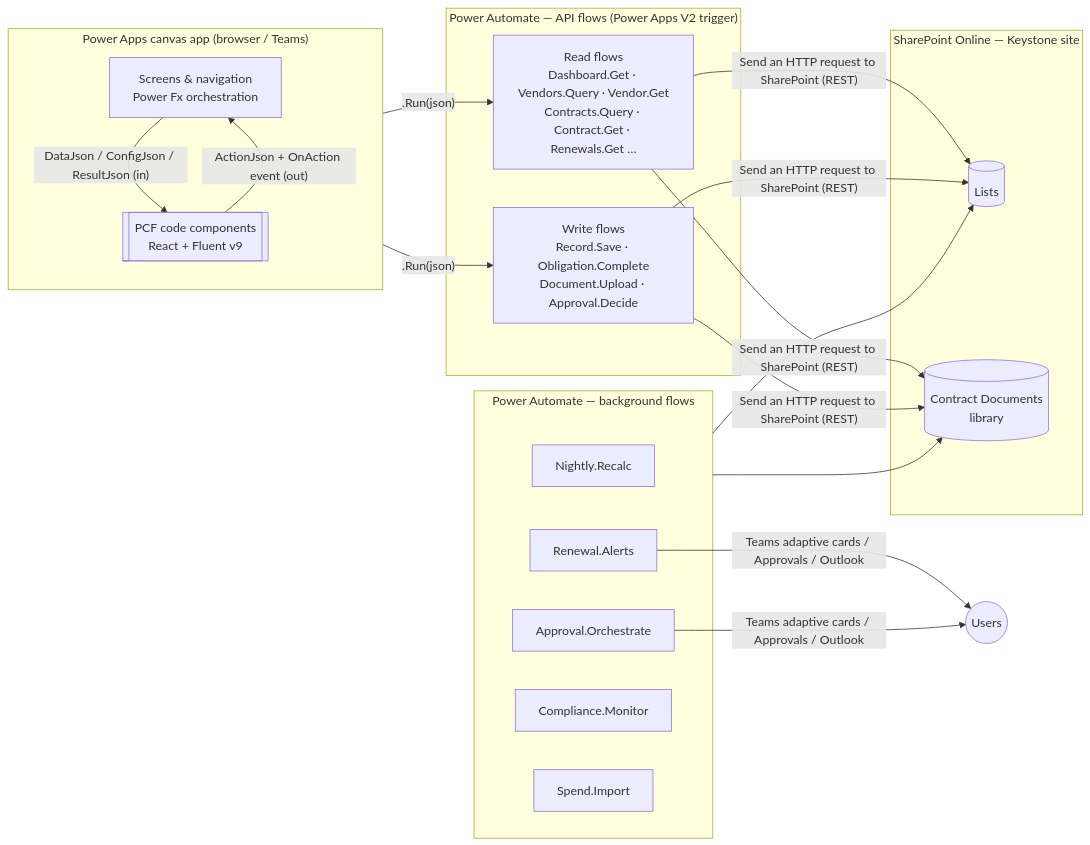
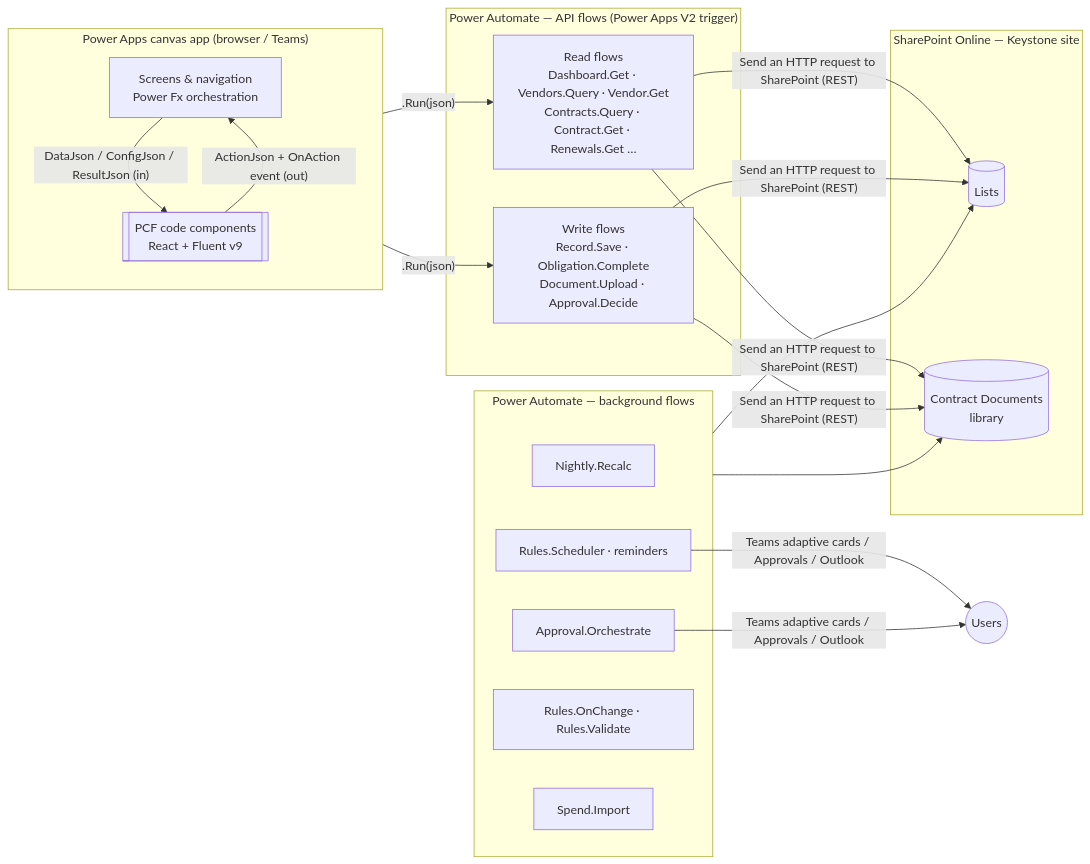
Before and after one commit to ThePoint-uk/resource: the first of 3 diagrams in vendor-contract-management/DESIGN.md, drawn with Mermaid. The commit also changed other lines of this file and 1 other file, not shown here.

First line of the commit message:
Add admin-configurable rules engine to VCM design

````diff
--- a/vendor-contract-management/DESIGN.md
+++ b/vendor-contract-management/DESIGN.md
@@ -25,33 +26,33 @@
 ```mermaid
 flowchart LR
   subgraph Client["Power Apps canvas app (browser / Teams)"]
     direction TB
     S[Screens & navigation<br/>Power Fx orchestration]
     P[[PCF code components<br/>React + Fluent v9]]
     S -- "DataJson / ConfigJson / ResultJson (in)" --> P
     P -- "ActionJson + OnAction event (out)" --> S
   end
 
   subgraph API["Power Automate — API flows (Power Apps V2 trigger)"]
     R[Read flows<br/>Dashboard.Get · Vendors.Query · Vendor.Get<br/>Contracts.Query · Contract.Get · Renewals.Get …]
     W[Write flows<br/>Record.Save · Obligation.Complete<br/>Document.Upload · Approval.Decide]
   end
 
   subgraph BG["Power Automate — background flows"]
     N[Nightly.Recalc]
-    A[Renewal.Alerts]
+    A[Rules.Scheduler · reminders]
     AP[Approval.Orchestrate]
-    C[Compliance.Monitor]
+    C[Rules.OnChange · Rules.Validate]
     I[Spend.Import]
   end
 
   subgraph SP["SharePoint Online — Keystone site"]
     L[(Lists)]
     D[(Contract Documents<br/>library)]
   end
 
   S -- ".Run(json)" --> R & W
   R & W -- "Send an HTTP request to SharePoint (REST)" --> L & D
   BG --> L & D
   A & AP -- "Teams adaptive cards / Approvals / Outlook" --> U((Users))
 ```
````
